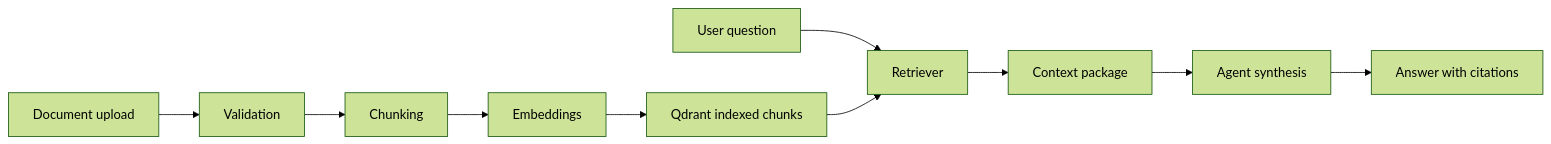
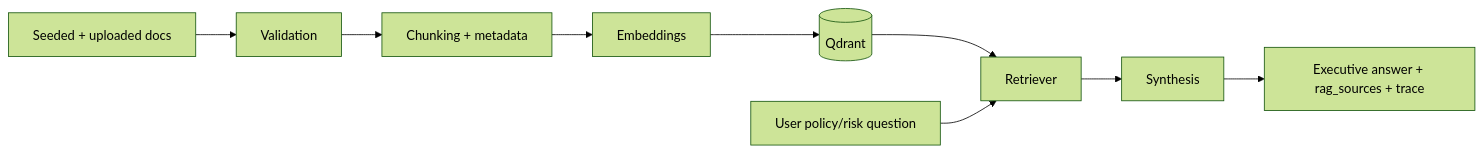
The diagram in docs/rag_system.md (Fejjii/AlphaLens-AI), drawn with Mermaid (forest theme) before and after one commit. The commit also changed other lines of this file and 18 other files, not shown here.

````diff
--- a/docs/rag_system.md
+++ b/docs/rag_system.md
@@ -88,12 +52,11 @@
 ```mermaid
 flowchart LR
-    UP[Document upload] --> VAL[Validation]
-    VAL --> CH[Chunking]
-    CH --> EMB[Embeddings]
-    EMB --> IDX[Qdrant indexed chunks]
-    Q[User question] --> RET[Retriever]
-    IDX --> RET
-    RET --> CTX[Context package]
-    CTX --> AG[Agent synthesis]
-    AG --> CIT[Answer with citations]
+    D[Seeded + uploaded docs] --> V[Validation]
+    V --> C[Chunking + metadata]
+    C --> E[Embeddings]
+    E --> Q[(Qdrant)]
+    Q --> R[Retriever]
+    U[User policy/risk question] --> R
+    R --> S[Synthesis]
+    S --> A[Executive answer + rag_sources + trace]
 ```
````
